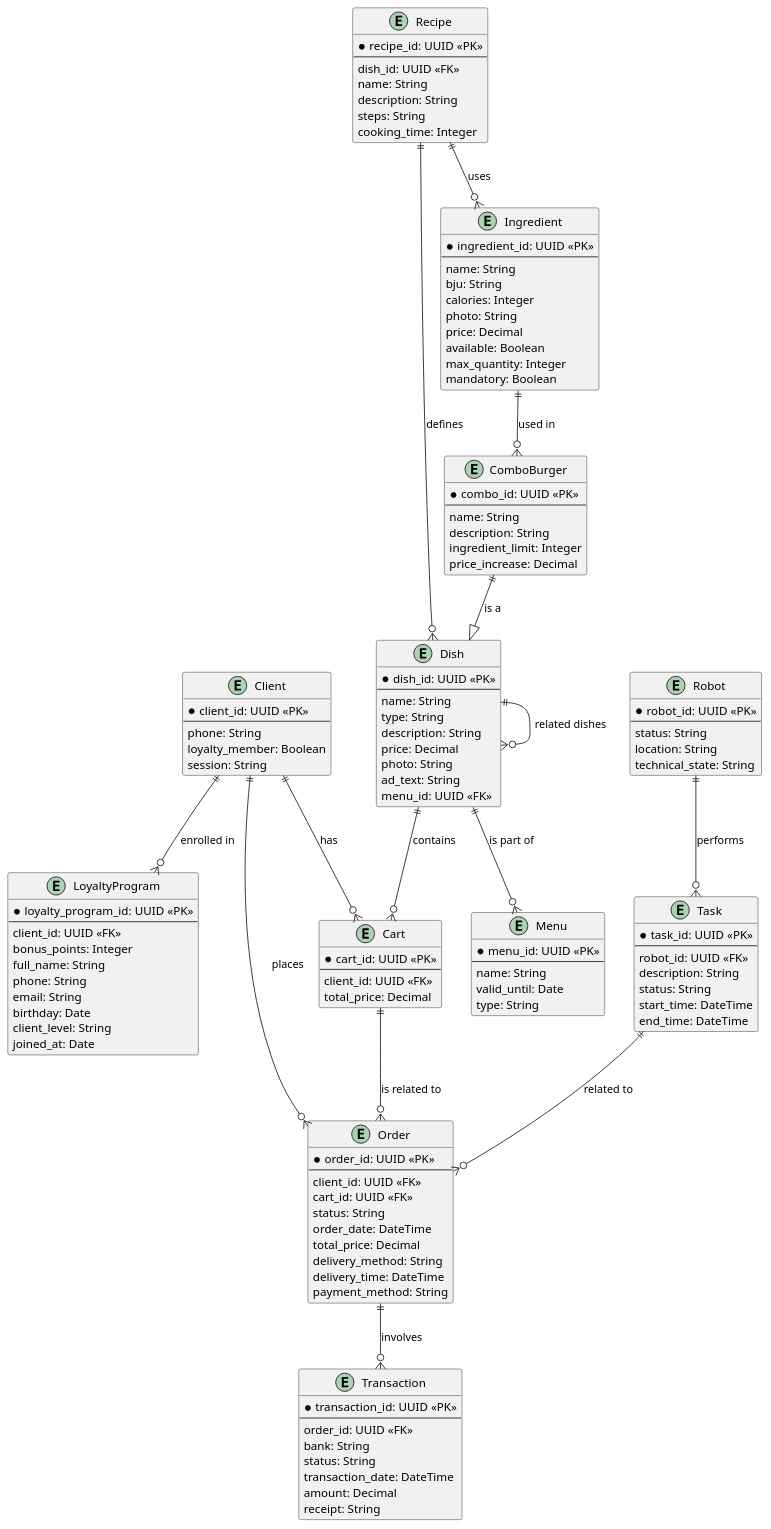
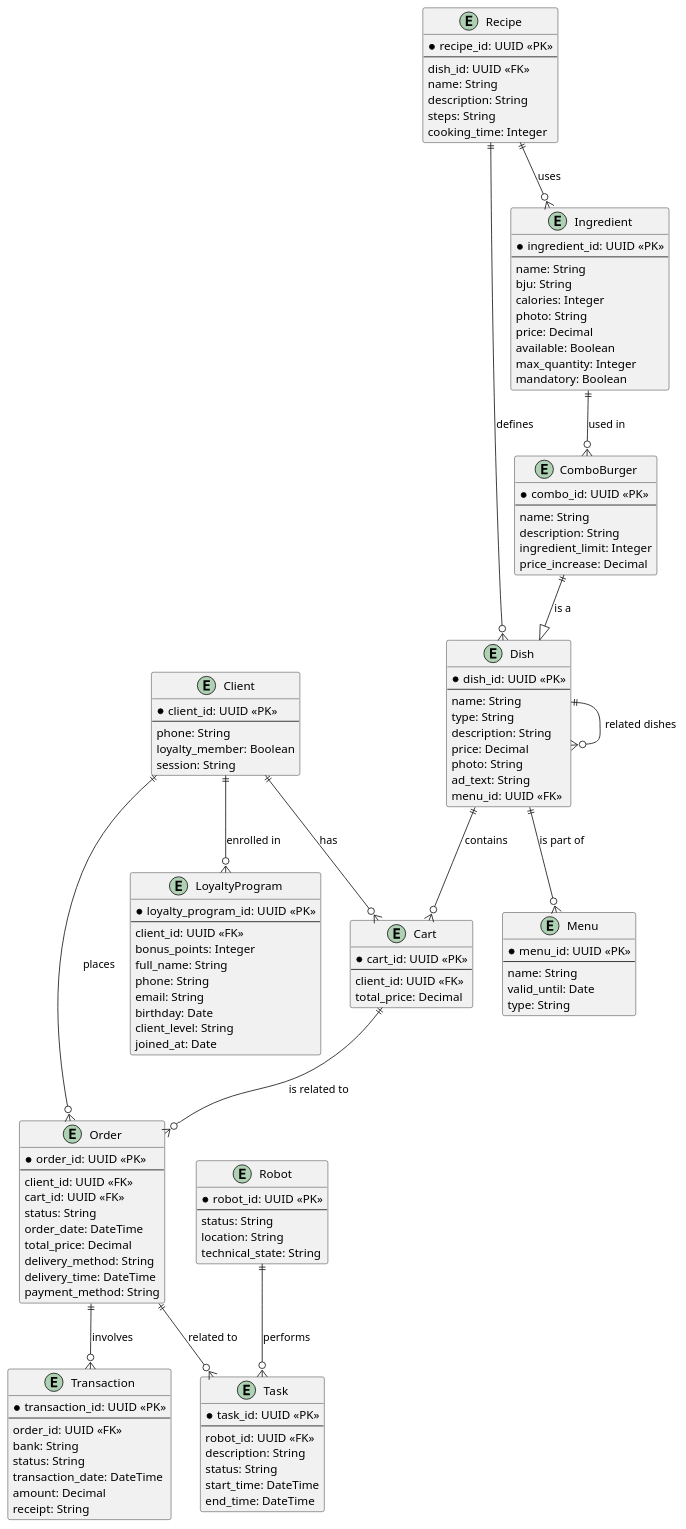
One commit to doriansweet/otus_project changed the diagram in docs/diagrams/src/data_diagram.puml. Above: the diagram before and after it, drawn with PlantUML. The commit also changed 1 other file, not shown here.

```diff
--- a/docs/diagrams/src/data_diagram.puml
+++ b/docs/diagrams/src/data_diagram.puml
@@ -1,139 +1,138 @@
 @startuml
 entity Client {
     *client_id: UUID <<PK>>
     --
     phone: String
     loyalty_member: Boolean
     session: String
 }
 
 entity LoyaltyProgram {
     *loyalty_program_id: UUID <<PK>>
     --
     client_id: UUID <<FK>>
     bonus_points: Integer
     full_name: String
     phone: String
     email: String
     birthday: Date
     client_level: String
     joined_at: Date
 }
 
 entity Menu {
     *menu_id: UUID <<PK>>
     --
     name: String
     valid_until: Date
     type: String
 }
 
 entity Dish {
     *dish_id: UUID <<PK>>
     --
     name: String
     type: String
     description: String
     price: Decimal
     photo: String
     ad_text: String
     menu_id: UUID <<FK>>
 }
 
 entity Ingredient {
     *ingredient_id: UUID <<PK>>
     --
     name: String
     bju: String
     calories: Integer
     photo: String
     price: Decimal
     available: Boolean
     max_quantity: Integer
     mandatory: Boolean
 }
 
 entity ComboBurger {
     *combo_id: UUID <<PK>>
     --
     name: String
     description: String
     ingredient_limit: Integer
     price_increase: Decimal
 }
 
 entity Cart {
     *cart_id: UUID <<PK>>
     --
     client_id: UUID <<FK>>
     total_price: Decimal
 }
 
 entity Order {
     *order_id: UUID <<PK>>
     --
     client_id: UUID <<FK>>
     cart_id: UUID <<FK>>
     status: String
     order_date: DateTime
     total_price: Decimal
     delivery_method: String
     delivery_time: DateTime
     payment_method: String
 }
 
 entity Transaction {
     *transaction_id: UUID <<PK>>
     --
     order_id: UUID <<FK>>
     bank: String
     status: String
     transaction_date: DateTime
     amount: Decimal
     receipt: String
 }
 
 entity Robot {
     *robot_id: UUID <<PK>>
     --
     status: String
     location: String
     technical_state: String
 }
 
 entity Task {
     *task_id: UUID <<PK>>
     --
     robot_id: UUID <<FK>>
     description: String
     status: String
     start_time: DateTime
     end_time: DateTime
 }
 
 entity Recipe {
     *recipe_id: UUID <<PK>>
     --
     dish_id: UUID <<FK>>
     name: String
     description: String
     steps: String
     cooking_time: Integer
 }
 
 Client ||--o{ Cart: "has"
 Client ||--o{ Order: "places"
 Cart ||--o{ Order: "is related to"
 Dish ||--o{ Cart: "contains"
 ComboBurger ||--|> Dish: "is a"
 Dish ||--o{ Menu: "is part of"
 Ingredient ||--o{ ComboBurger: "used in"
 Dish ||--o{ Dish: "related dishes"
 Order ||--o{ Transaction: "involves"
 Client ||--o{ LoyaltyProgram: "enrolled in"
 Robot ||--o{ Task: "performs"
-Task ||--o{ Order: "related to"
+Order ||--o{ Task : "related to"
 Recipe ||--o{ Dish: "defines"
 Recipe ||--o{ Ingredient: "uses"
-
 @enduml
```
